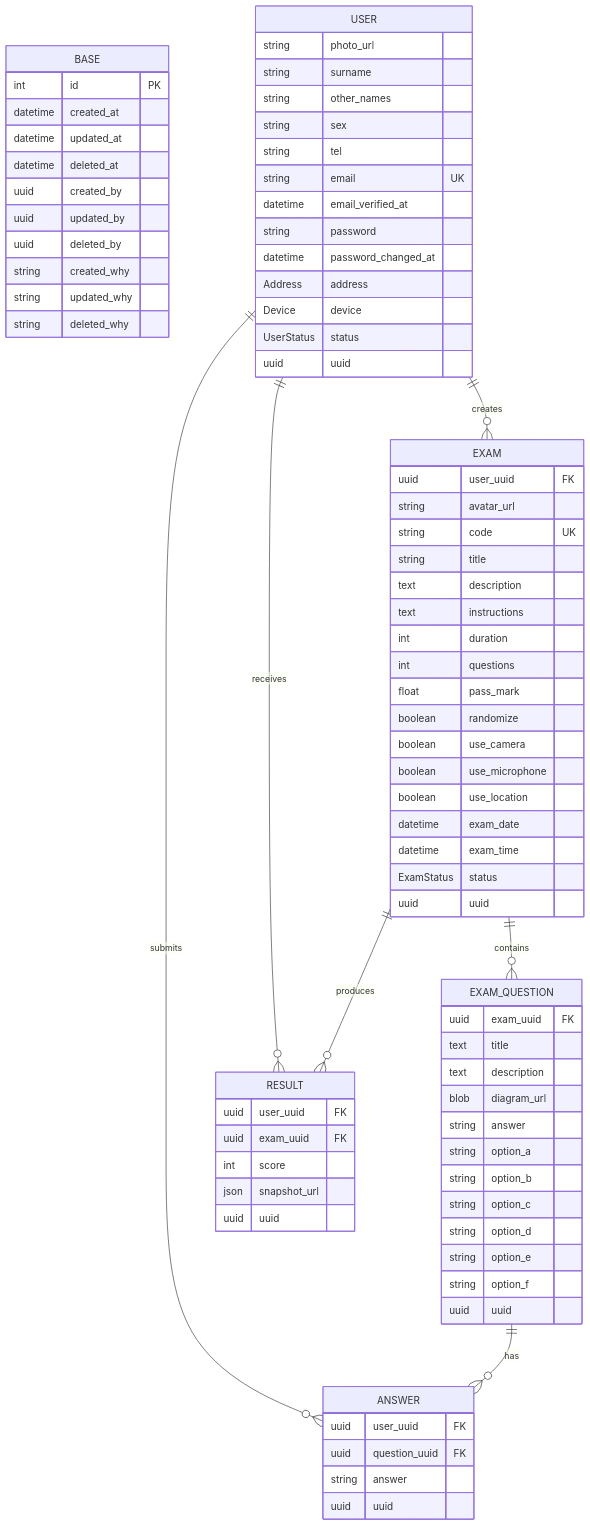
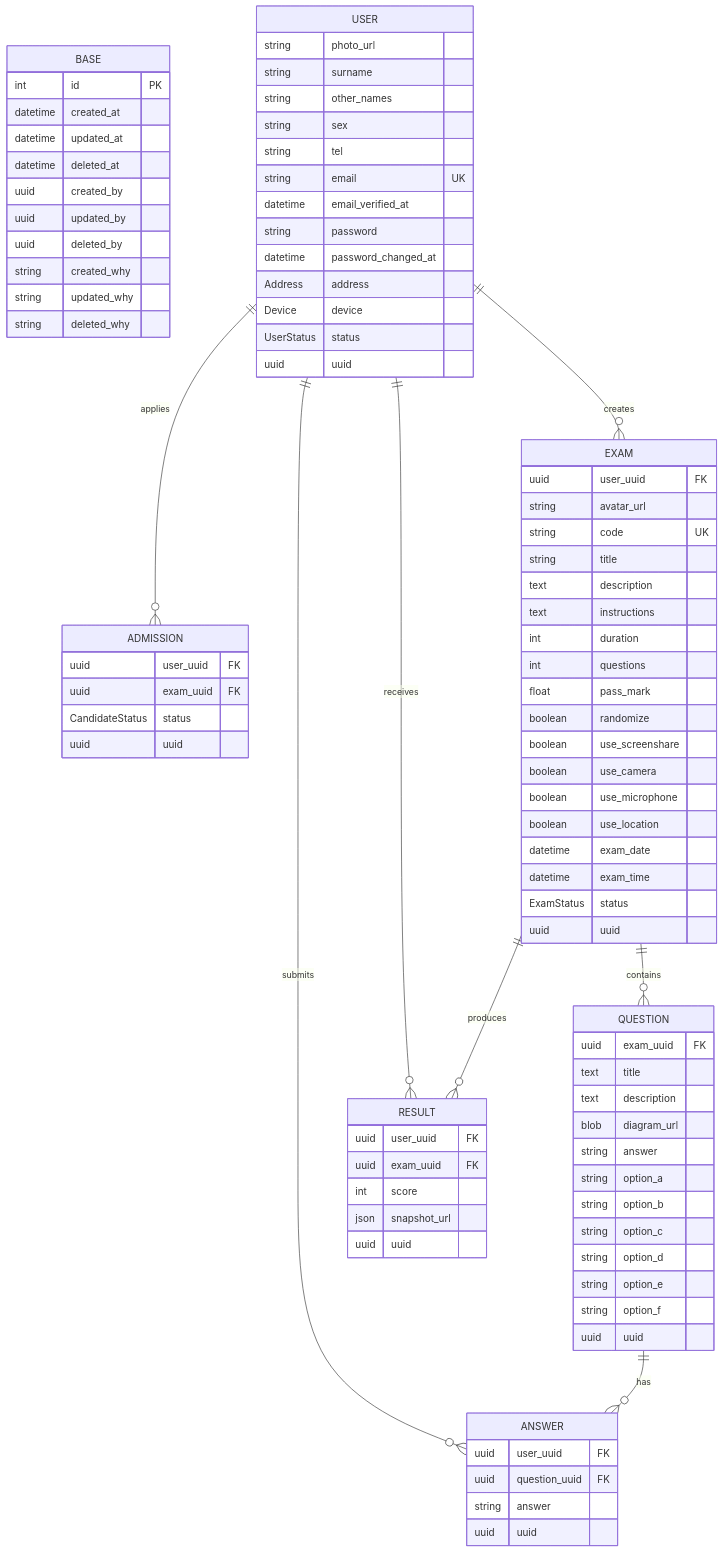
The diagram in lecture-notes/ai-product-engineering/3b_DATA_MODEL.md (expo-cbt/_lib), drawn with Mermaid before and after one commit. The commit also changed other lines of this file and 1 other file, not shown here.

````diff
--- a/lecture-notes/ai-product-engineering/3b_DATA_MODEL.md
+++ b/lecture-notes/ai-product-engineering/3b_DATA_MODEL.md
@@ -84,6 +85,14 @@
         uuid uuid
     }
 
+    ADMISSION {
+        uuid user_uuid FK
+        uuid exam_uuid FK
+        %% applied | approved | rejected
+        CandidateStatus status
+        uuid uuid
+    }
+
     EXAM {
         uuid user_uuid FK
         string avatar_url
@@ -95,6 +104,7 @@
         int questions
         float pass_mark
         boolean randomize
+        boolean use_screenshare
         boolean use_camera
         boolean use_microphone
         boolean use_location
@@ -105,7 +115,7 @@
         uuid uuid
     }
 
-    EXAM_QUESTION {
+    QUESTION {
         uuid exam_uuid FK
         text title
         text description
@@ -135,10 +145,11 @@
         uuid uuid
     }
 
+    USER ||--o{ ADMISSION : applies
     USER ||--o{ EXAM : creates
     USER ||--o{ ANSWER : submits
     USER ||--o{ RESULT : receives
-    EXAM ||--o{ EXAM_QUESTION : contains
+    EXAM ||--o{ QUESTION : contains
     EXAM ||--o{ RESULT : produces
-    EXAM_QUESTION ||--o{ ANSWER : has
+    QUESTION ||--o{ ANSWER : has
 ```
````
